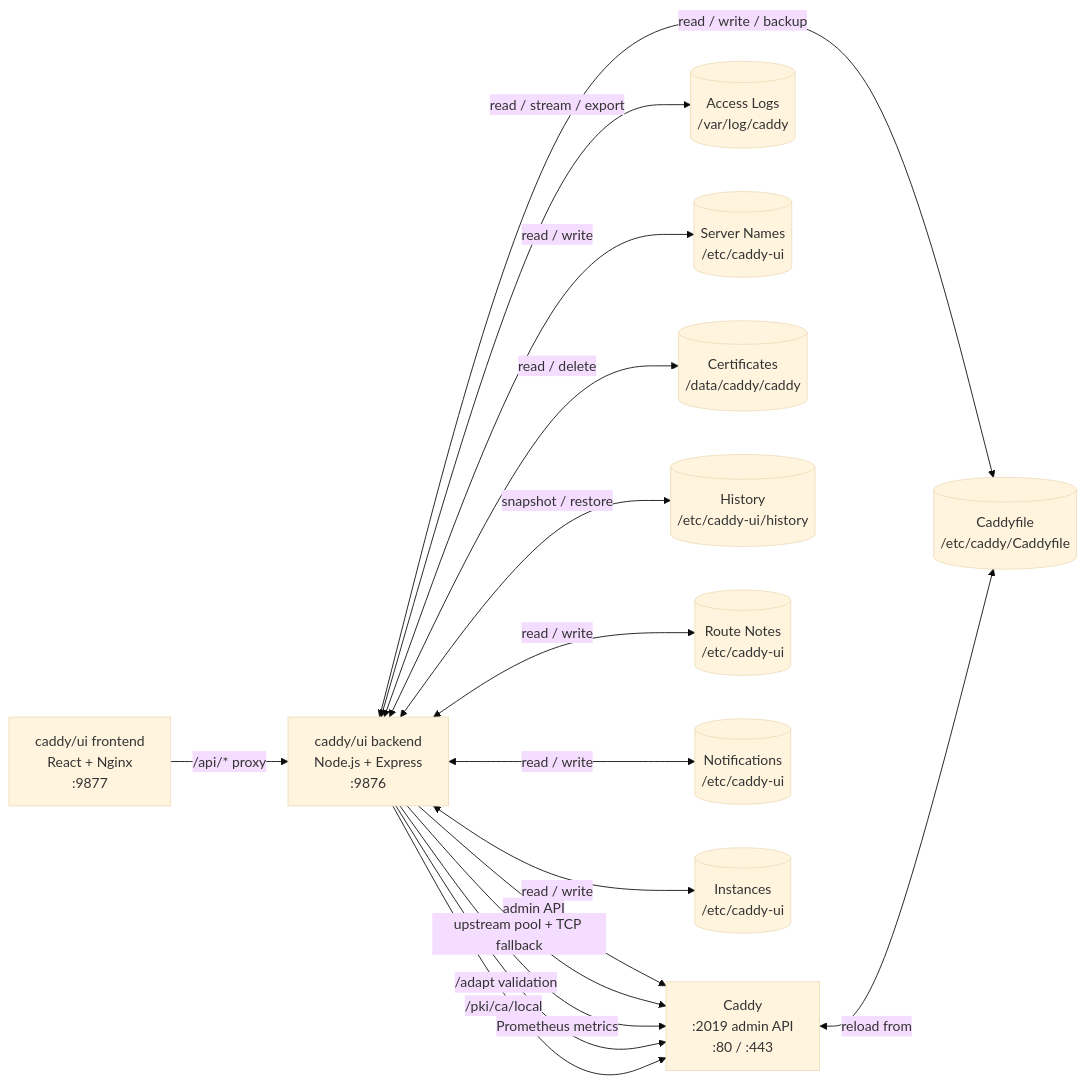
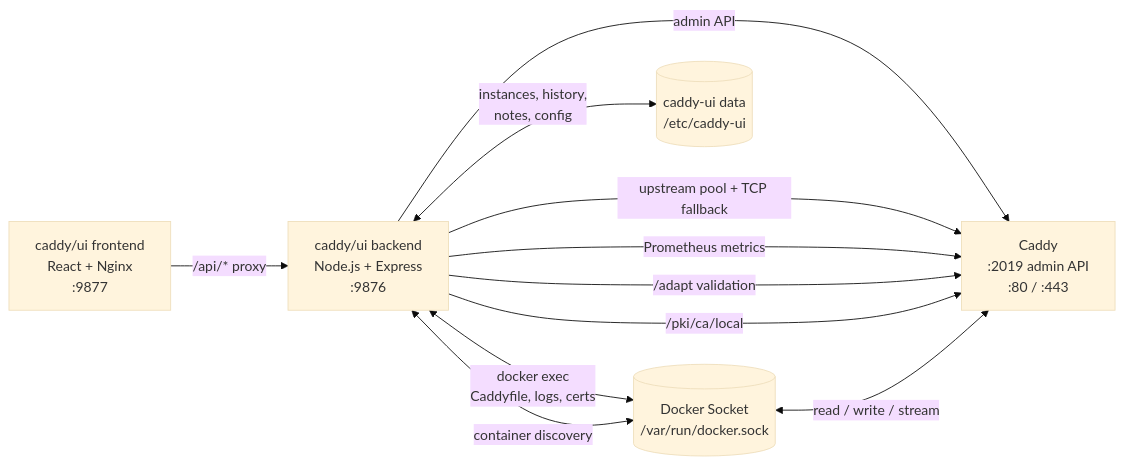
The diagram in README.md (zackwag/caddy-ui), drawn with Mermaid (base theme) before and after one commit. The commit also changed other lines of this file, not shown here.

Commit message:
docs: update README for docker exec architecture and zero-config setup

````diff
--- a/README.md
+++ b/README.md
@@ -58,30 +58,19 @@
 ```mermaid
 graph LR
     FE["caddy/ui frontend\nReact + Nginx\n:9877"]
     BE["caddy/ui backend\nNode.js + Express\n:9876"]
+    DS[("Docker Socket\n/var/run/docker.sock")]
     CA["Caddy\n:2019 admin API\n:80 / :443"]
-    CF[("Caddyfile\n/etc/caddy/Caddyfile")]
-    LG[("Access Logs\n/var/log/caddy")]
-    SN[("Server Names\n/etc/caddy-ui")]
-    TLS[("Certificates\n/data/caddy/caddy")]
-    HX[("History\n/etc/caddy-ui/history")]
-    RN[("Route Notes\n/etc/caddy-ui")]
-    NT[("Notifications\n/etc/caddy-ui")]
-    IN[("Instances\n/etc/caddy-ui")]
+    UI_DATA[("caddy-ui data\n/etc/caddy-ui")]
 
     FE -->|"/api/* proxy"| BE
     BE -->|"admin API"| CA
     BE -->|"upstream pool + TCP fallback"| CA
     BE -->|"Prometheus metrics"| CA
     BE -->|"/adapt validation"| CA
     BE -->|"/pki/ca/local"| CA
-    BE <-->|"read / write / backup"| CF
-    BE <-->|"read / stream / export"| LG
-    BE <-->|"read / write"| SN
-    BE <-->|"read / delete"| TLS
-    BE <-->|"snapshot / restore"| HX
-    BE <-->|"read / write"| RN
-    BE <-->|"read / write"| NT
-    BE <-->|"read / write"| IN
-    CA <-->|"reload from"| CF
+    BE <-->|"docker exec\nCaddyfile, logs, certs"| DS
+    DS <-->|"read / write / stream"| CA
+    BE <-->|"container discovery"| DS
+    BE <-->|"instances, history,\nnotes, config"| UI_DATA
 ```
````
